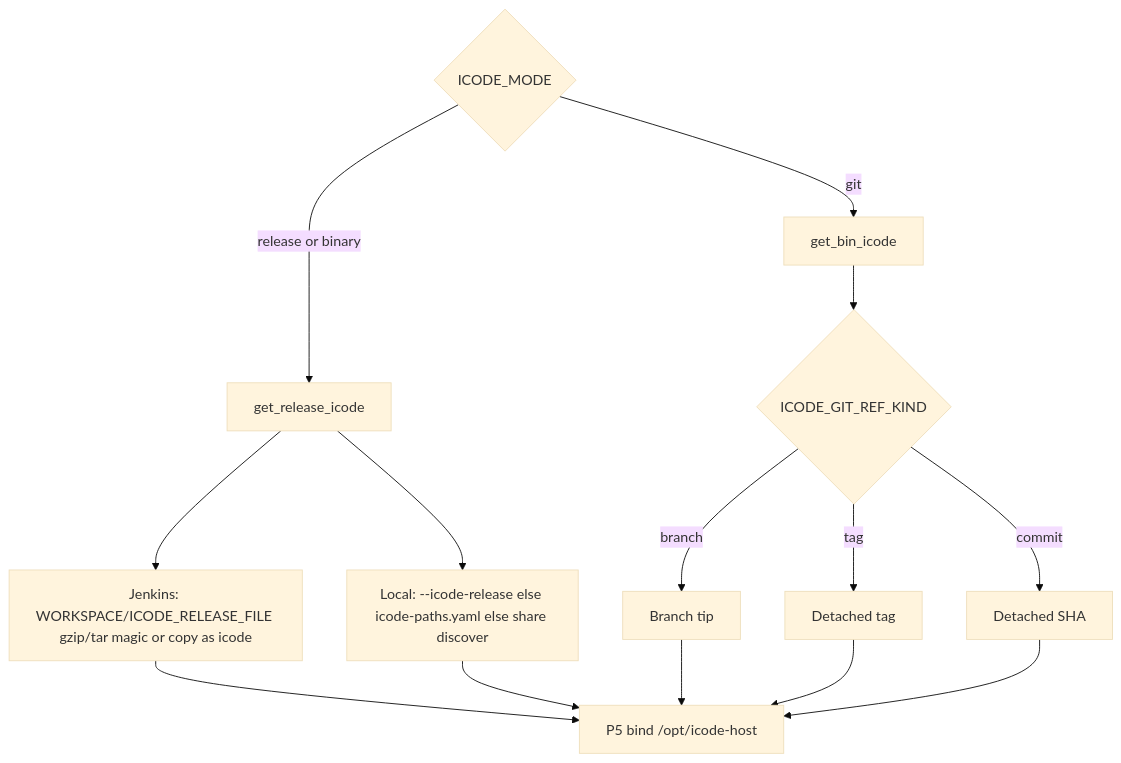
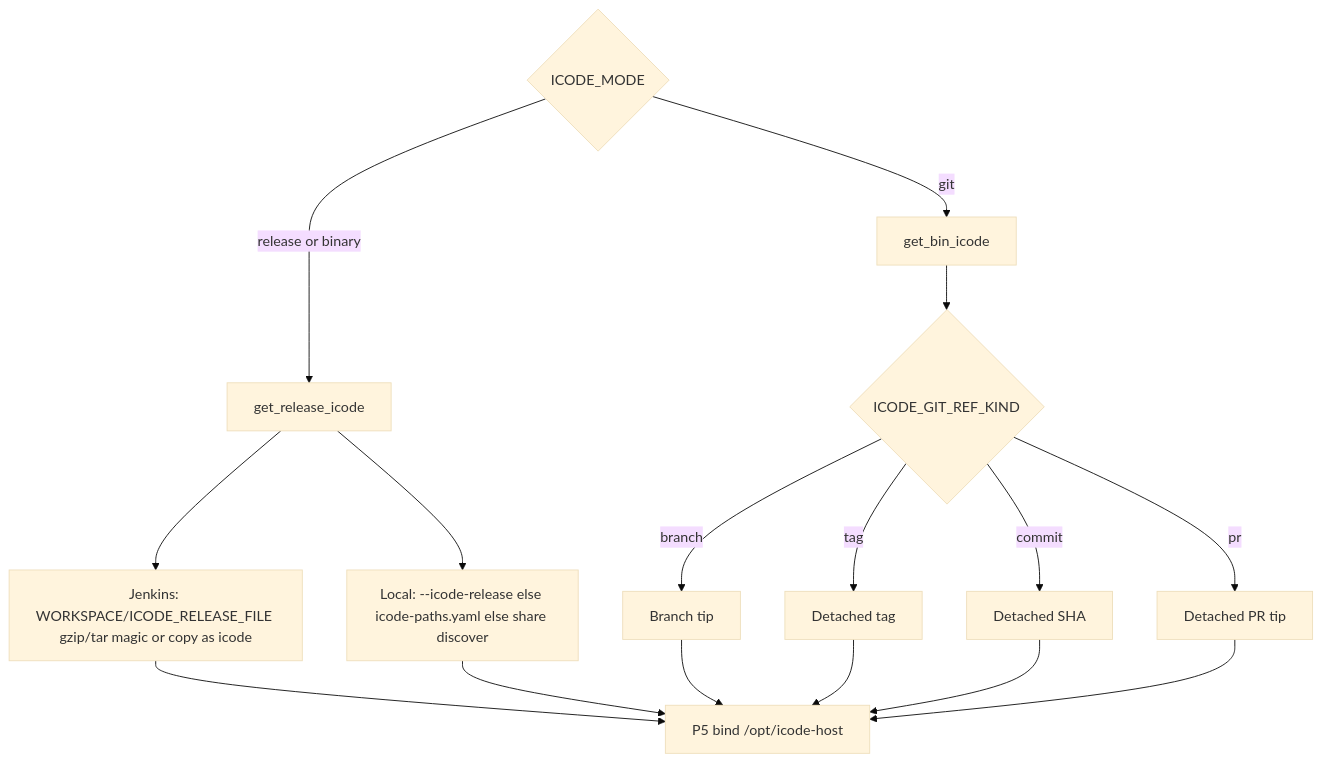
The diagram in docs/icode-harness-inputs.md (Toby-Yu/mac-k3d), drawn with Mermaid (base theme) before and after one commit. The commit also changed other lines of this file and 50 other files, not shown here.

````diff
--- a/docs/icode-harness-inputs.md
+++ b/docs/icode-harness-inputs.md
@@ -14,17 +14,19 @@
 ```mermaid
 flowchart TD
   mode{ICODE_MODE}
   mode -->|release or binary| relFn[get_release_icode]
   mode -->|git| gitFn[get_bin_icode]
   relFn --> jenkinsUp["Jenkins: WORKSPACE/ICODE_RELEASE_FILE gzip/tar magic or copy as icode"]
   relFn --> localR["Local: --icode-release else icode-paths.yaml else share discover"]
   gitFn --> kinds{ICODE_GIT_REF_KIND}
   kinds -->|branch| br[Branch tip]
   kinds -->|tag| tg[Detached tag]
   kinds -->|commit| cm[Detached SHA]
+  kinds -->|pr| prn[Detached PR tip]
   jenkinsUp --> p5[P5 bind /opt/icode-host]
   localR --> p5
   br --> p5
   tg --> p5
   cm --> p5
+  prn --> p5
 ```
````
